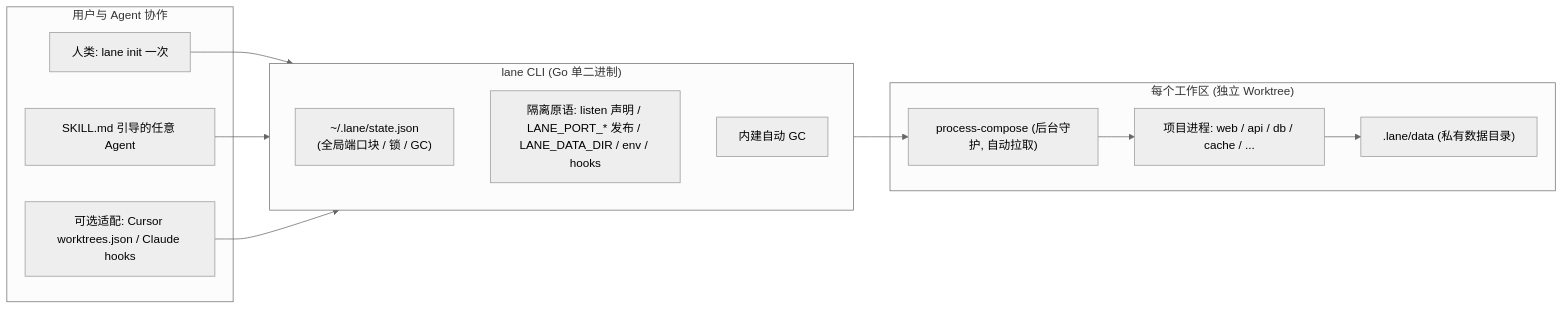
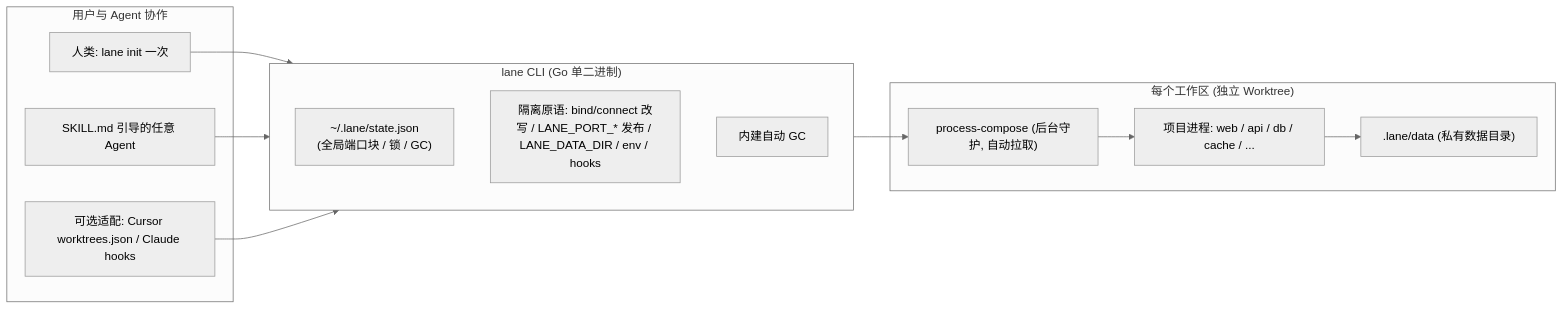
Before and after one commit to Mrjwj34/berth: the diagram in README.md, drawn with Mermaid (neutral theme). The commit also changed other lines of this file and 39 other files, not shown here.

````diff
--- a/README.md
+++ b/README.md
@@ -51,27 +51,27 @@
 ```mermaid
 flowchart LR
   subgraph User ["用户与 Agent 协作"]
     Human["人类: lane init 一次"]
     Skill["SKILL.md 引导的任意 Agent"]
     Harness["可选适配: Cursor worktrees.json / Claude hooks"]
   end
 
   subgraph Lane ["lane CLI (Go 单二进制)"]
     Registry["~/.lane/state.json\n(全局端口块 / 锁 / GC)"]
-    Prim["隔离原语: listen 声明 / LANE_PORT_* 发布 / LANE_DATA_DIR / env / hooks"]
+    Prim["隔离原语: bind/connect 改写 / LANE_PORT_* 发布 / LANE_DATA_DIR / env / hooks"]
     GC["内建自动 GC"]
   end
 
   subgraph Workspaces ["每个工作区 (独立 Worktree)"]
     PC["process-compose (后台守护, 自动拉取)"]
     Procs["项目进程: web / api / db / cache / ..."]
     Data[".lane/data (私有数据目录)"]
   end
 
   Human --> Lane
   Skill --> Lane
   Harness --> Lane
   Lane --> PC
   PC --> Procs
   Procs --> Data
 ```
````
